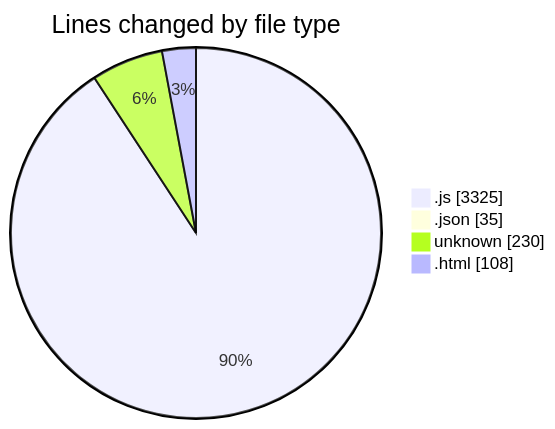
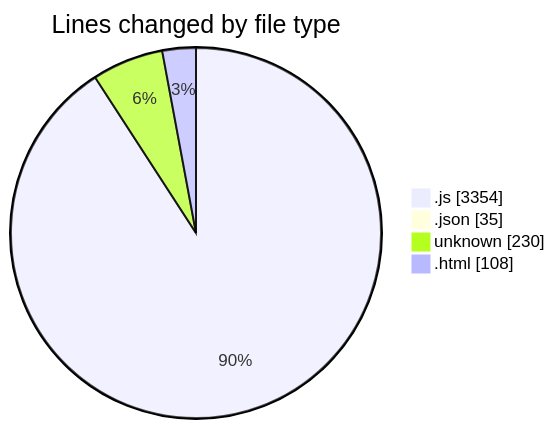
Before and after one commit to becaeroporto-bot/code-tracking: the first of 2 diagrams in 2026-02-20/bot_i_a/README.md, drawn with Mermaid. The commit also changed other lines of this file and 1 other file, not shown here.

````diff
--- a/2026-02-20/bot_i_a/README.md
+++ b/2026-02-20/bot_i_a/README.md
@@ -44,8 +44,8 @@
 ```mermaid
 pie showData
 title Lines changed by file type
-".js" : 3325
+".js" : 3354
 ".json" : 35
 "unknown" : 230
 ".html" : 108
 ```
````
